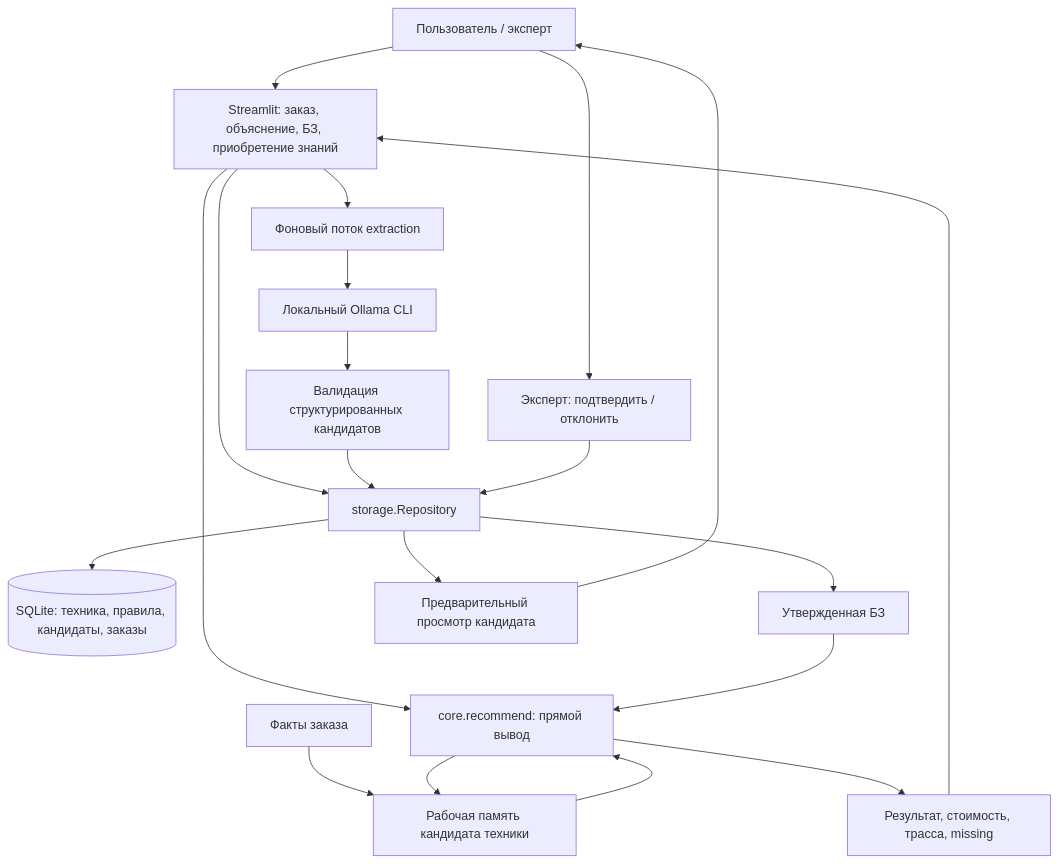
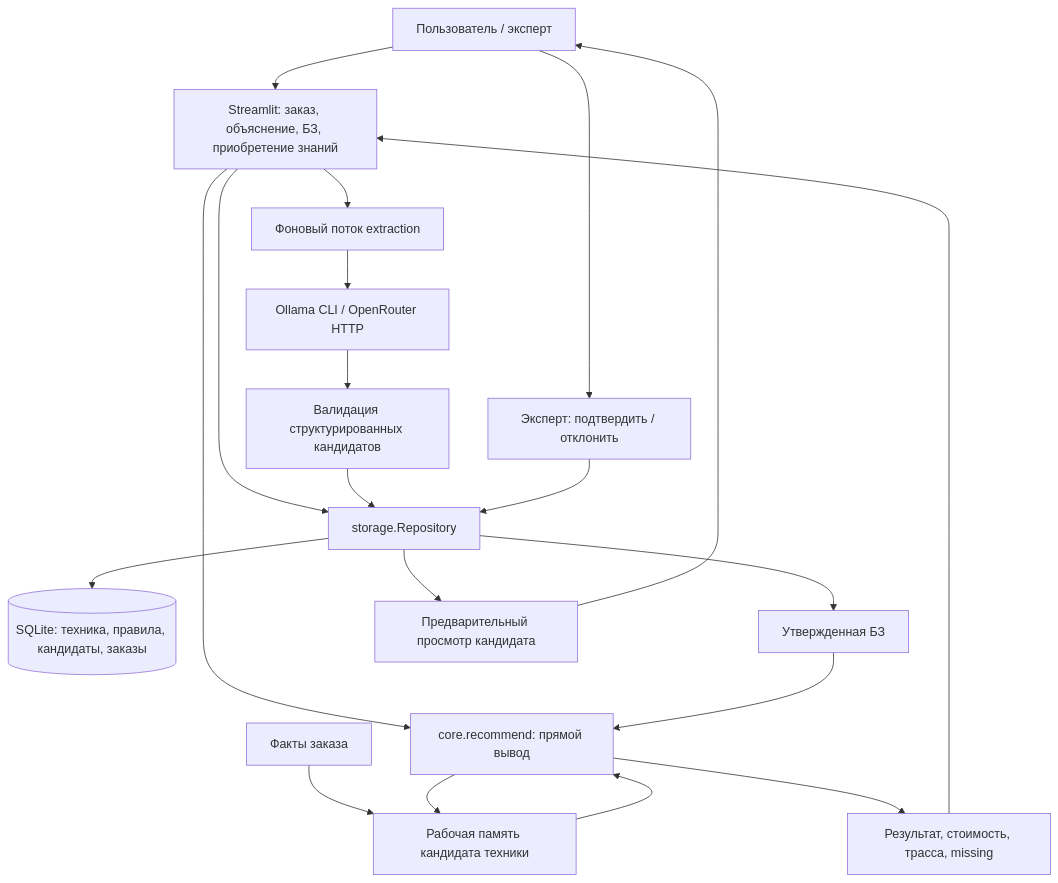
One commit to tarkue/stroytech-assistant changed the diagram in docs/architecture.md. Above: the diagram before and after it, drawn with Mermaid. The commit also changed other lines of this file and 88 other files, not shown here.

````diff
--- a/docs/architecture.md
+++ b/docs/architecture.md
@@ -3,22 +3,22 @@
 ```mermaid
 flowchart TD
     U[Пользователь / эксперт] --> UI[Streamlit: заказ, объяснение, БЗ, приобретение знаний]
     UI --> C[core.recommend: прямой вывод]
     UI --> R[storage.Repository]
     R --> DB[(SQLite: техника, правила, кандидаты, заказы)]
     R --> KB[Утвержденная БЗ]
     KB --> C
     O[Факты заказа] --> WM[Рабочая память кандидата техники]
     C --> WM
     WM --> C
     C --> T[Результат, стоимость, трасса, missing]
     T --> UI
     UI --> Q[Фоновый поток extraction]
-    Q --> L[Локальный Ollama CLI]
+    Q --> L[Ollama CLI / OpenRouter HTTP]
     L --> V[Валидация структурированных кандидатов]
     V --> R
     R --> P[Предварительный просмотр кандидата]
     P --> U
     U --> A[Эксперт: подтвердить / отклонить]
     A --> R
 ```
````
